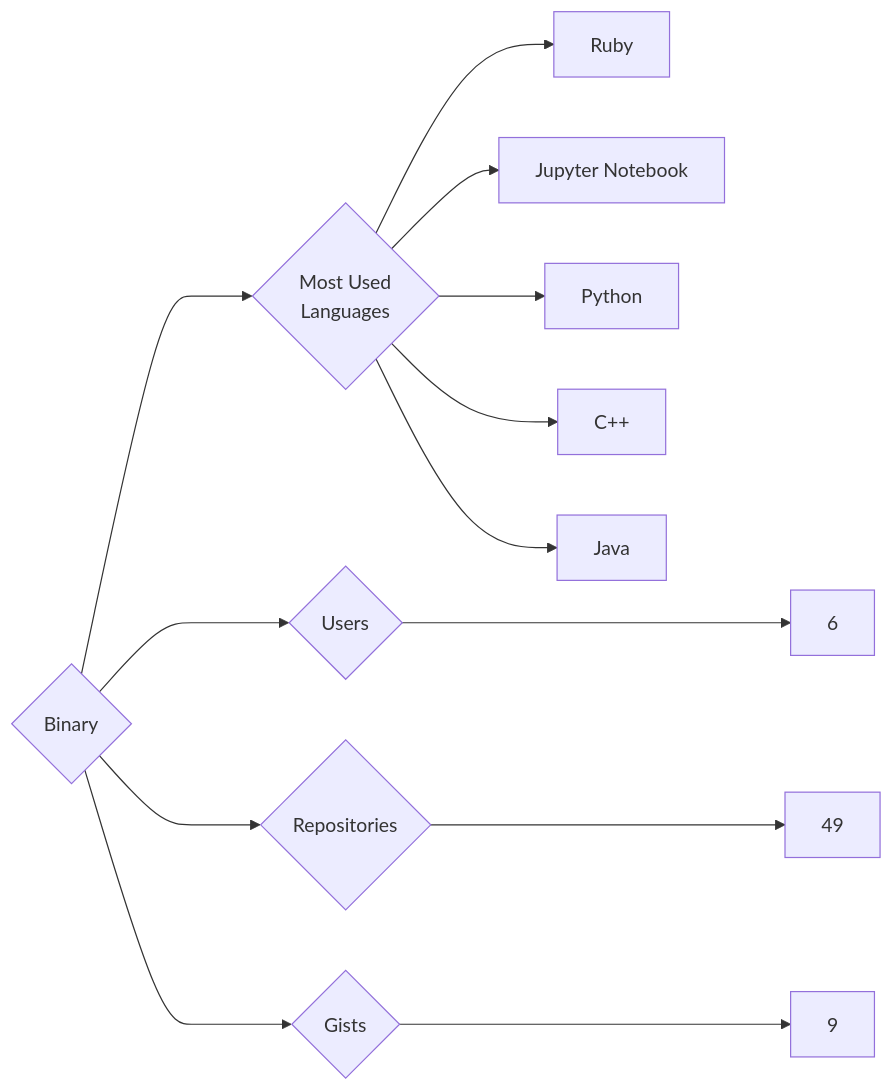
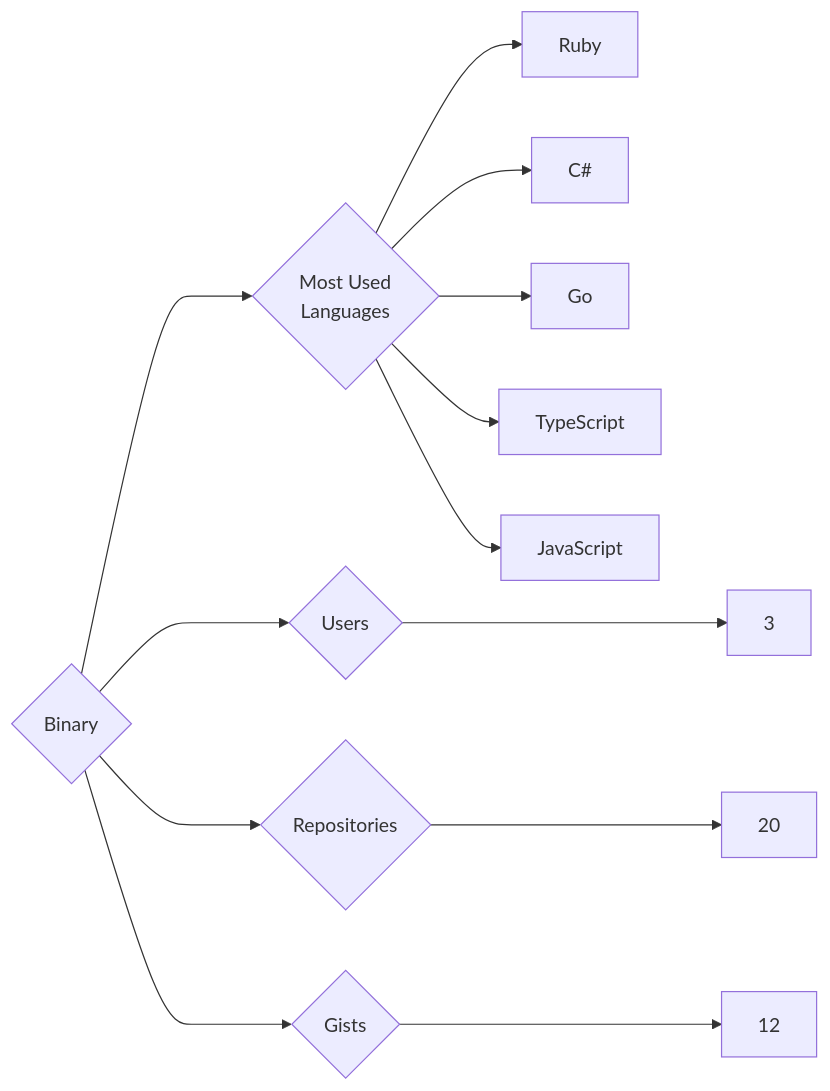
One commit to trickest/insiders changed the diagram in targets/Binary/README.md. Above: the diagram before and after it, drawn with Mermaid. The commit also changed 857 other files, not shown here.

````diff
--- a/targets/Binary/README.md
+++ b/targets/Binary/README.md
@@ -3,13 +3,13 @@
 ```mermaid
 graph LR
 COMPANY_NAME{Binary}
-COMPANY_NAME ---> U{Users} ---> UN[6]
-COMPANY_NAME ---> R{Repositories} ---> RN[49]
-COMPANY_NAME ---> G{Gists} ---> GN[9]
+COMPANY_NAME ---> U{Users} ---> UN[3]
+COMPANY_NAME ---> R{Repositories} ---> RN[20]
+COMPANY_NAME ---> G{Gists} ---> GN[12]
 COMPANY_NAME ---> ML{Most Used<br>Languages}
 ML --> Ruby[Ruby]
-ML --> Jupyter_Notebook[Jupyter Notebook]
-ML --> Python[Python]
-ML --> C++[C++]
-ML --> Java[Java]
+ML --> C#[C#]
+ML --> Go[Go]
+ML --> TypeScript[TypeScript]
+ML --> JavaScript[JavaScript]
 ```
````
